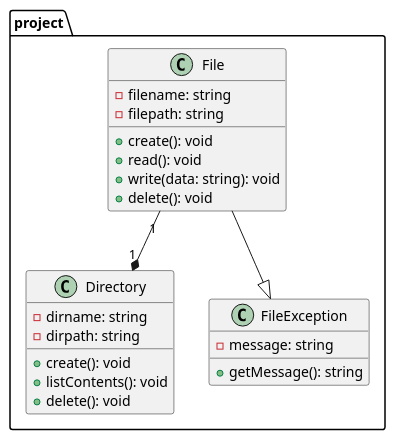
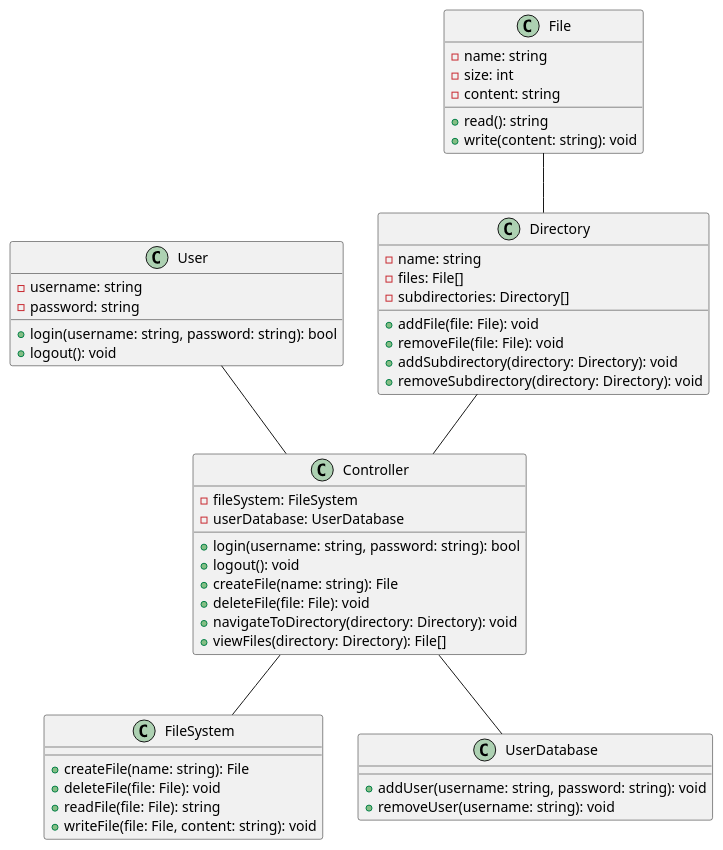
One commit to SimosProjects/FileManagementSystem changed the diagram in diagrams/class diagrams/class_diagram.puml. Above: the diagram before and after it, drawn with PlantUML. The commit also changed other lines of this file and 3 other files, not shown here.

Commit message:
Updated class diagram and created component diagrams

```diff
--- a/diagrams/class diagrams/class_diagram.puml
+++ b/diagrams/class diagrams/class_diagram.puml
@@ -1,35 +1,55 @@
 @startuml class_diagram
-
-' Define namespace for your project
-namespace project {
-  
-  ' Define classes
-  class File {
-    - filename: string
-    - filepath: string
-    + create(): void
-    + read(): void
-    + write(data: string): void
-    + delete(): void
-  }
-  
-  class Directory {
-    - dirname: string
-    - dirpath: string
-    + create(): void
-    + listContents(): void
-    + delete(): void
-  }
-  
-  ' Define exceptions
-  class FileException {
-    - message: string
-    + getMessage(): string
-  }
-  
-  ' Define relationships
-  File "1" --* "1" Directory
-  File --|> FileException
+class User {
+    - username: string
+    - password: string
+    + login(username: string, password: string): bool
+    + logout(): void
 }
 
+class File {
+    - name: string
+    - size: int
+    - content: string
+    + read(): string
+    + write(content: string): void
+}
+
+class Directory {
+    - name: string
+    - files: File[]
+    - subdirectories: Directory[]
+    + addFile(file: File): void
+    + removeFile(file: File): void
+    + addSubdirectory(directory: Directory): void
+    + removeSubdirectory(directory: Directory): void
+}
+
+class Controller {
+    - fileSystem: FileSystem
+    - userDatabase: UserDatabase
+    + login(username: string, password: string): bool
+    + logout(): void
+    + createFile(name: string): File
+    + deleteFile(file: File): void
+    + navigateToDirectory(directory: Directory): void
+    + viewFiles(directory: Directory): File[]
+}
+
+class FileSystem {
+    + createFile(name: string): File
+    + deleteFile(file: File): void
+    + readFile(file: File): string
+    + writeFile(file: File, content: string): void
+}
+
+class UserDatabase {
+    + addUser(username: string, password: string): void
+    + removeUser(username: string): void
+}
+
+User -- Controller
+File -- Directory
+Directory -- Controller
+Controller -- FileSystem
+Controller -- UserDatabase
 @enduml
```
